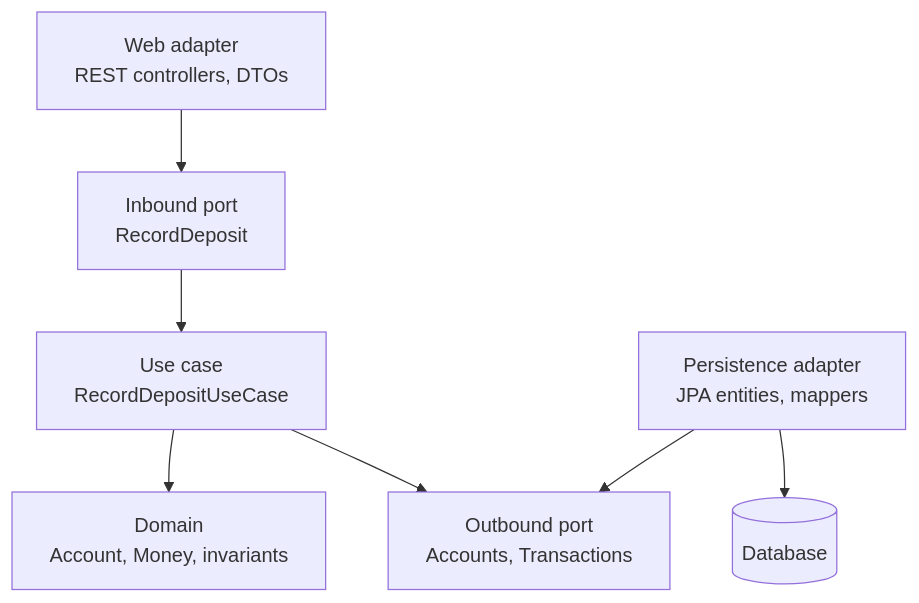
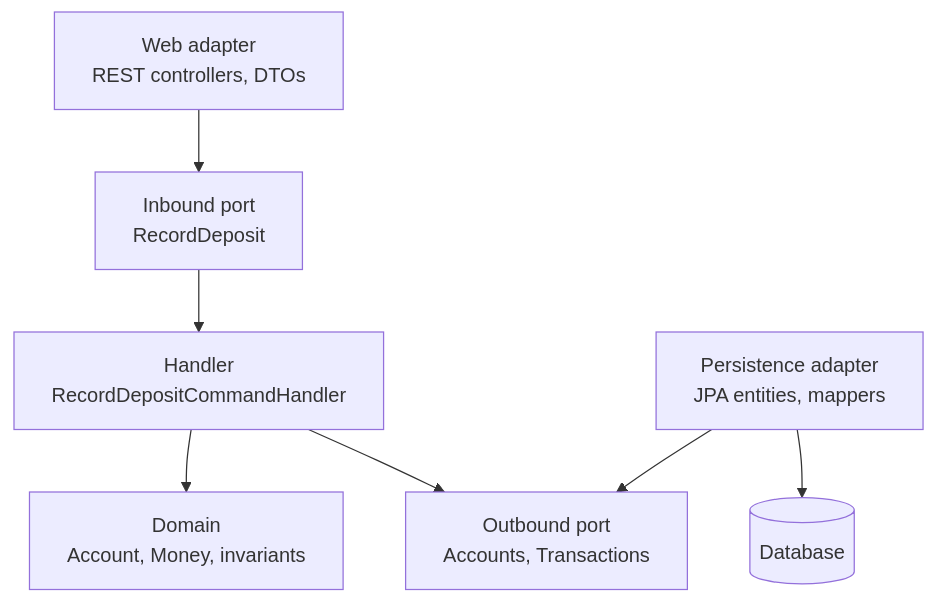
Before and after one commit to MaBeMaIn/financial-tracker: the second of 2 diagrams in docs/architecture/overview.md, drawn with Mermaid. The commit also changed other lines of this file and 33 other files, not shown here.

````diff
--- a/docs/architecture/overview.md
+++ b/docs/architecture/overview.md
@@ -44,9 +46,9 @@
 ```mermaid
 flowchart TD
     WEB["Web adapter<br/>REST controllers, DTOs"] --> IN["Inbound port<br/>RecordDeposit"]
-    IN --> UC["Use case<br/>RecordDepositUseCase"]
+    IN --> UC["Handler<br/>RecordDepositCommandHandler"]
     UC --> DOM["Domain<br/>Account, Money, invariants"]
     UC --> OUT["Outbound port<br/>Accounts, Transactions"]
     PERS["Persistence adapter<br/>JPA entities, mappers"] --> OUT
     PERS --> DB[("Database")]
 ```
````
